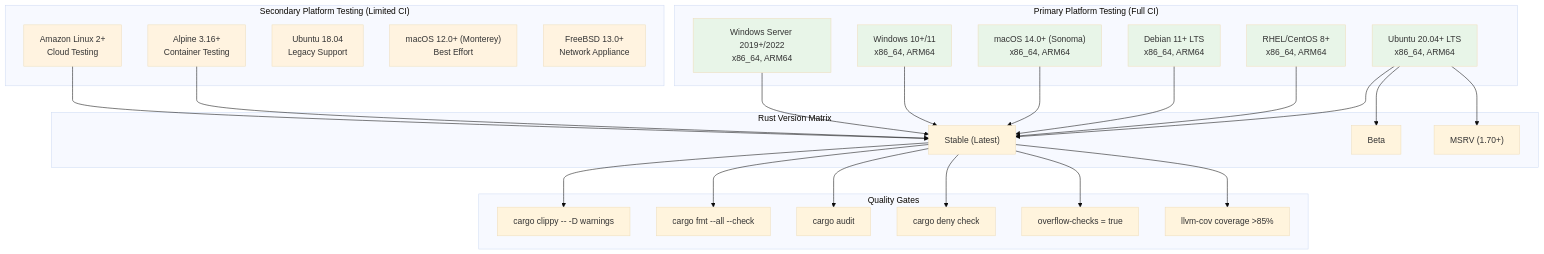
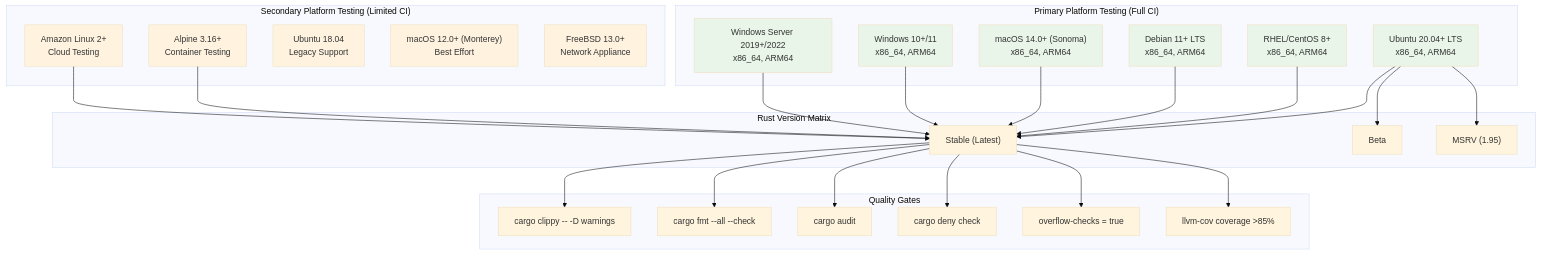
Before and after one commit to EvilBit-Labs/DaemonEye: the seventh of 7 diagrams in .kiro/specs/daemoneye-core-monitoring/design.md, drawn with Mermaid (base theme). The commit also changed other lines of this file and 79 other files, not shown here.

````diff
--- a/.kiro/specs/daemoneye-core-monitoring/design.md
+++ b/.kiro/specs/daemoneye-core-monitoring/design.md
@@ -1850,65 +2064,65 @@
 ```mermaid
 graph TB
     subgraph "Primary Platform Testing (Full CI)"
         P1["Ubuntu 20.04+ LTS<br/>x86_64, ARM64"]
         P2["RHEL/CentOS 8+<br/>x86_64, ARM64"]
         P3["Debian 11+ LTS<br/>x86_64, ARM64"]
         P4["macOS 14.0+ (Sonoma)<br/>x86_64, ARM64"]
         P5["Windows 10+/11<br/>x86_64, ARM64"]
         P6["Windows Server 2019+/2022<br/>x86_64, ARM64"]
     end
 
     subgraph "Secondary Platform Testing (Limited CI)"
         S1["Alpine 3.16+<br/>Container Testing"]
         S2["Amazon Linux 2+<br/>Cloud Testing"]
         S3["Ubuntu 18.04<br/>Legacy Support"]
         S4["macOS 12.0+ (Monterey)<br/>Best Effort"]
         S5["FreeBSD 13.0+<br/>Network Appliance"]
     end
 
     subgraph "Rust Version Matrix"
         R1["Stable (Latest)"]
         R2["Beta"]
-        R3["MSRV (1.70+)"]
+        R3["MSRV (1.95)"]
     end
 
     subgraph "Quality Gates"
         Q1["cargo clippy -- -D warnings"]
         Q2["cargo fmt --all --check"]
         Q3["cargo audit"]
         Q4["cargo deny check"]
         Q5["overflow-checks = true"]
         Q6["llvm-cov coverage >85%"]
     end
 
     P1 --> R1
     P1 --> R2
     P1 --> R3
     P2 --> R1
     P3 --> R1
     P4 --> R1
     P5 --> R1
     P6 --> R1
 
     S1 --> R1
     S2 --> R1
 
     R1 --> Q1
     R1 --> Q2
     R1 --> Q3
     R1 --> Q4
     R1 --> Q5
     R1 --> Q6
 
     style P1 fill:#e8f5e8
     style P2 fill:#e8f5e8
     style P3 fill:#e8f5e8
     style P4 fill:#e8f5e8
     style P5 fill:#e8f5e8
     style P6 fill:#e8f5e8
     style S1 fill:#fff3e0
     style S2 fill:#fff3e0
     style S3 fill:#fff3e0
     style S4 fill:#fff3e0
     style S5 fill:#fff3e0
 ```
````
